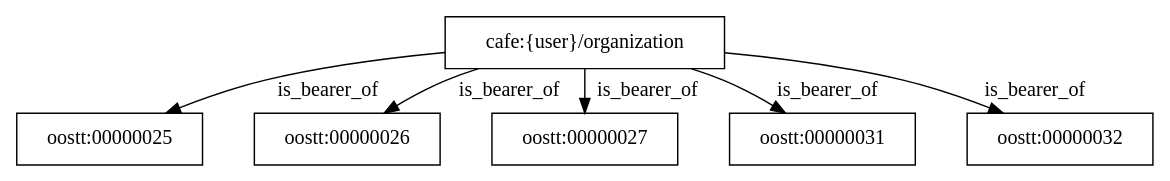
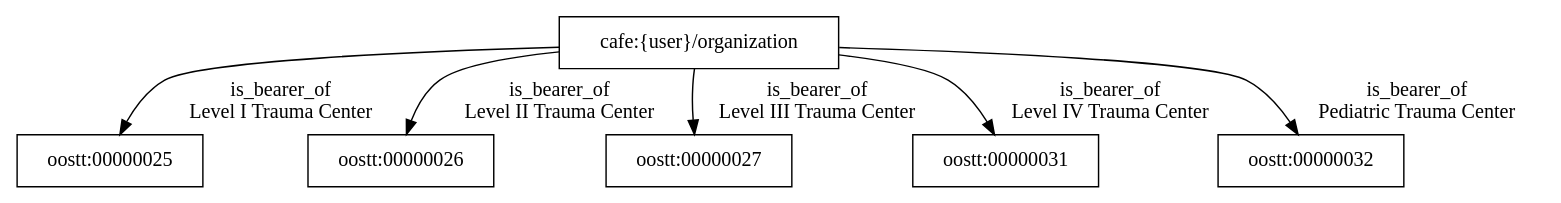
Before and after one commit to utecht/dideo-server: the diagram in cafe/graphs/124.dot, drawn with Graphviz. The commit also changed 6 other files, not shown here.

```diff
--- a/cafe/graphs/124.dot
+++ b/cafe/graphs/124.dot
@@ -1,8 +1,13 @@
 digraph g { node [shape=rectangle];
 graph [splines=true, nodesep=.5, ranksep=0, overlap=false];
-"cafe:{user}/organization" -> "oostt:00000025" [label="is_bearer_of"]
-"cafe:{user}/organization" -> "oostt:00000026" [label="is_bearer_of"]
-"cafe:{user}/organization" -> "oostt:00000027" [label="is_bearer_of"]
-"cafe:{user}/organization" -> "oostt:00000031" [label="is_bearer_of"]
-"cafe:{user}/organization" -> "oostt:00000032" [label="is_bearer_of"]
+"cafe:{user}/organization" -> "oostt:00000025" [label="is_bearer_of
+Level I Trauma Center"]
+"cafe:{user}/organization" -> "oostt:00000026" [label="is_bearer_of
+Level II Trauma Center"]
+"cafe:{user}/organization" -> "oostt:00000027" [label="is_bearer_of
+Level III Trauma Center"]
+"cafe:{user}/organization" -> "oostt:00000031" [label="is_bearer_of
+Level IV Trauma Center"]
+"cafe:{user}/organization" -> "oostt:00000032" [label="is_bearer_of
+Pediatric Trauma Center"]
 }
```
